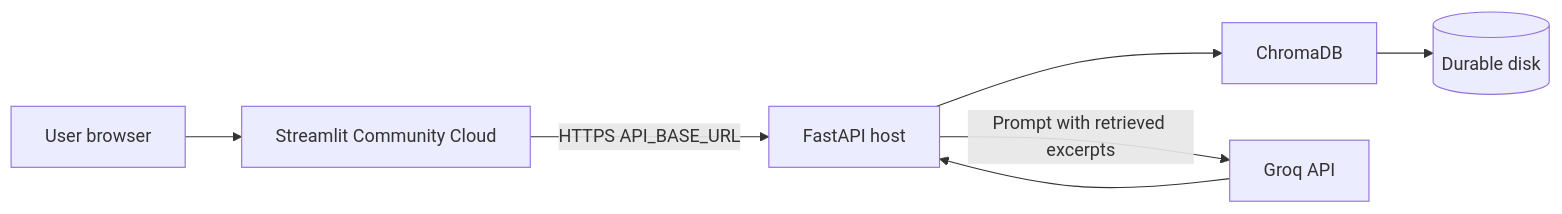
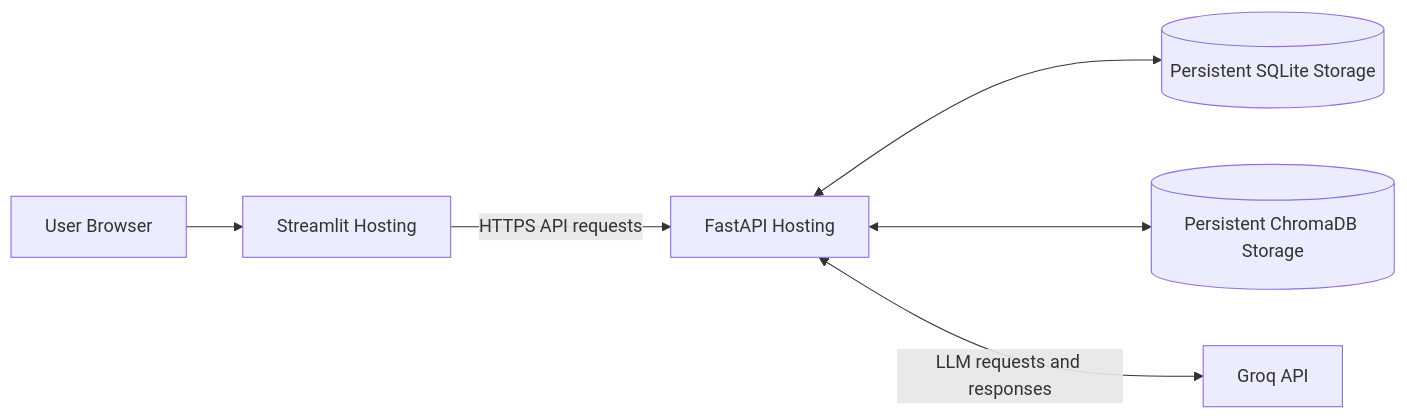
One commit to nujumniza/ai-document-assistant-documind changed the seventh of 7 diagrams in docs/architecture.md. Above: the diagram before and after it, drawn with Mermaid. The commit also changed other lines of this file and 17 other files, not shown here.

````diff
--- a/docs/architecture.md
+++ b/docs/architecture.md
@@ -146,16 +410,15 @@
 ```mermaid
 flowchart LR
-    BROWSER[User browser]
-    CLOUDUI[Streamlit Community Cloud]
-    CLOUDAPI[FastAPI host]
-    DISK[(Durable disk)]
-    CHROMA[ChromaDB]
+    USER[User Browser]
+    UI[Streamlit Hosting]
+    API[FastAPI Hosting]
+    SQLITE[(Persistent SQLite Storage)]
+    CHROMA[(Persistent ChromaDB Storage)]
     GROQ[Groq API]
 
-    BROWSER --> CLOUDUI
-    CLOUDUI -->|HTTPS API_BASE_URL| CLOUDAPI
-    CLOUDAPI --> CHROMA
-    CHROMA --> DISK
-    CLOUDAPI -->|Prompt with retrieved excerpts| GROQ
-    GROQ --> CLOUDAPI
+    USER --> UI
+    UI -->|HTTPS API requests| API
+    API <--> SQLITE
+    API <--> CHROMA
+    API <-->|LLM requests and responses| GROQ
 ```
````
